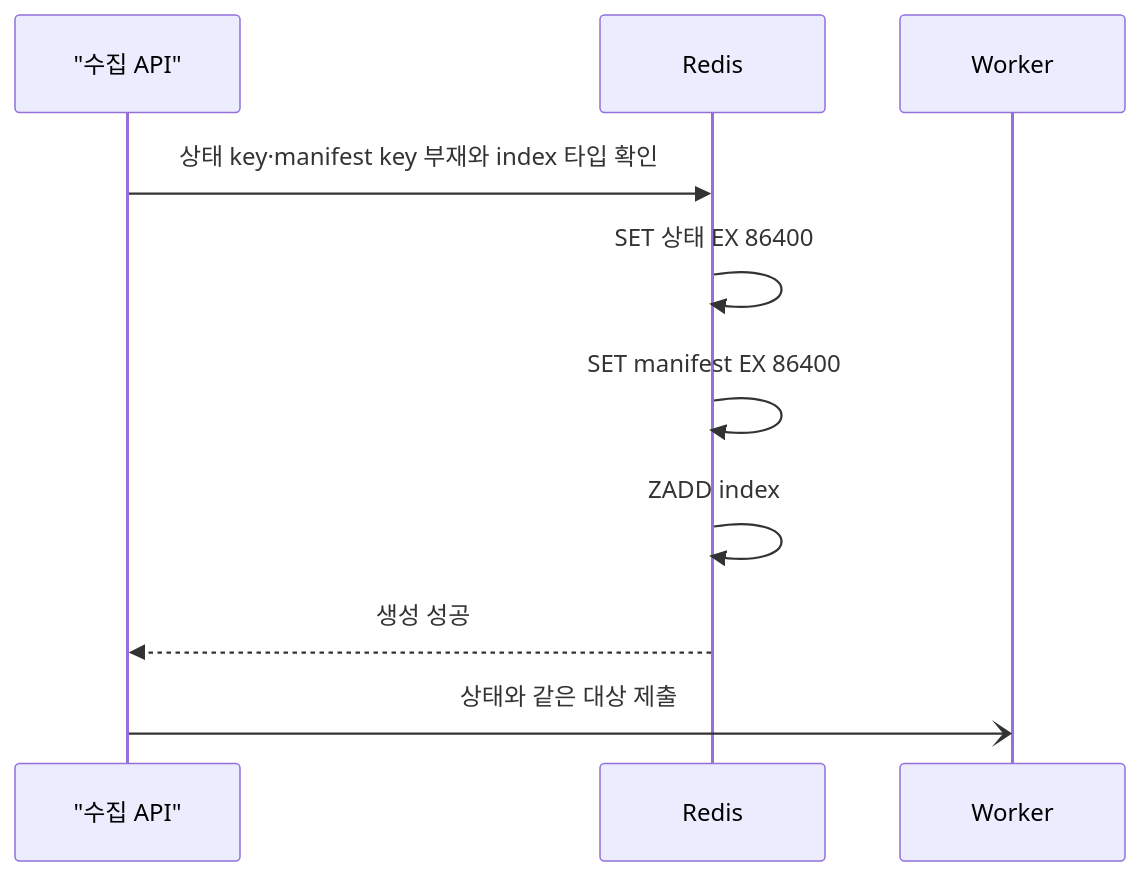
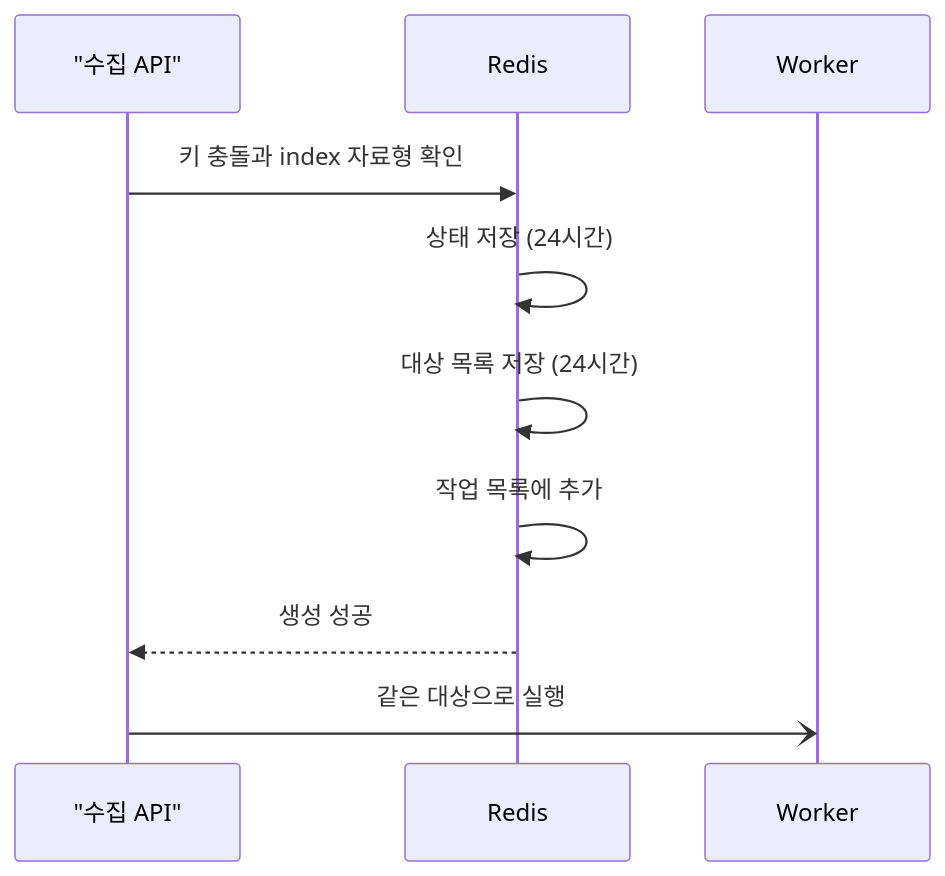
Before and after one commit to didim-log/didim-log-BE: the diagram in DOCS/refactoring/be-refactor/PHASE_6L_CRAWLER_TARGET_MANIFEST.md, drawn with Mermaid. The commit also changed other lines of this file and 46 other files, not shown here.

````diff
--- a/DOCS/refactoring/be-refactor/PHASE_6L_CRAWLER_TARGET_MANIFEST.md
+++ b/DOCS/refactoring/be-refactor/PHASE_6L_CRAWLER_TARGET_MANIFEST.md
@@ -62,13 +54,13 @@
 ```mermaid
 sequenceDiagram
     participant API as "수집 API"
     participant Redis
     participant Worker
 
-    API->>Redis: 상태 key·manifest key 부재와 index 타입 확인
-    Redis->>Redis: SET 상태 EX 86400
-    Redis->>Redis: SET manifest EX 86400
-    Redis->>Redis: ZADD index
+    API->>Redis: 키 충돌과 index 자료형 확인
+    Redis->>Redis: 상태 저장 (24시간)
+    Redis->>Redis: 대상 목록 저장 (24시간)
+    Redis->>Redis: 작업 목록에 추가
     Redis-->>API: 생성 성공
-    API-)Worker: 상태와 같은 대상 제출
+    API-)Worker: 같은 대상으로 실행
 ```
````
